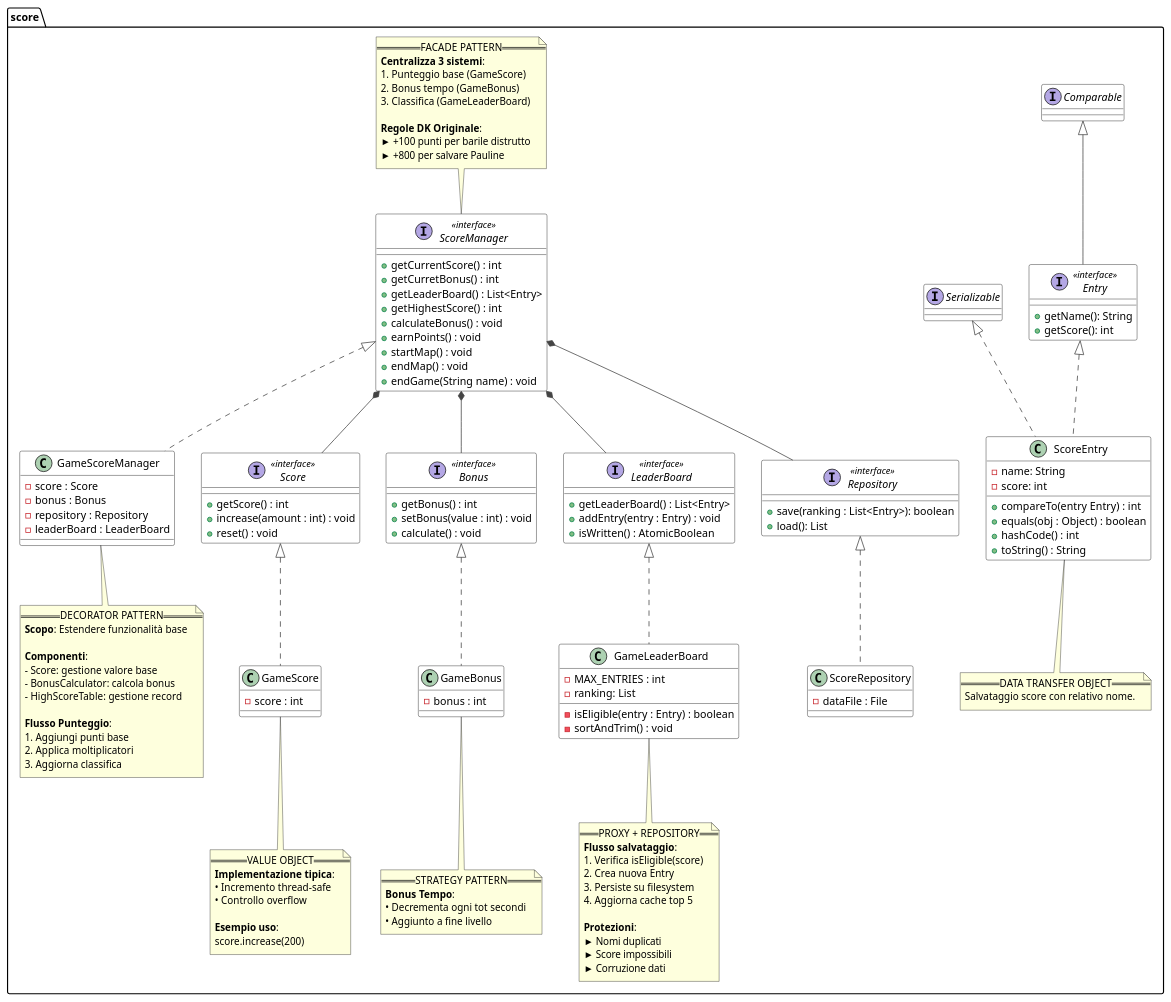
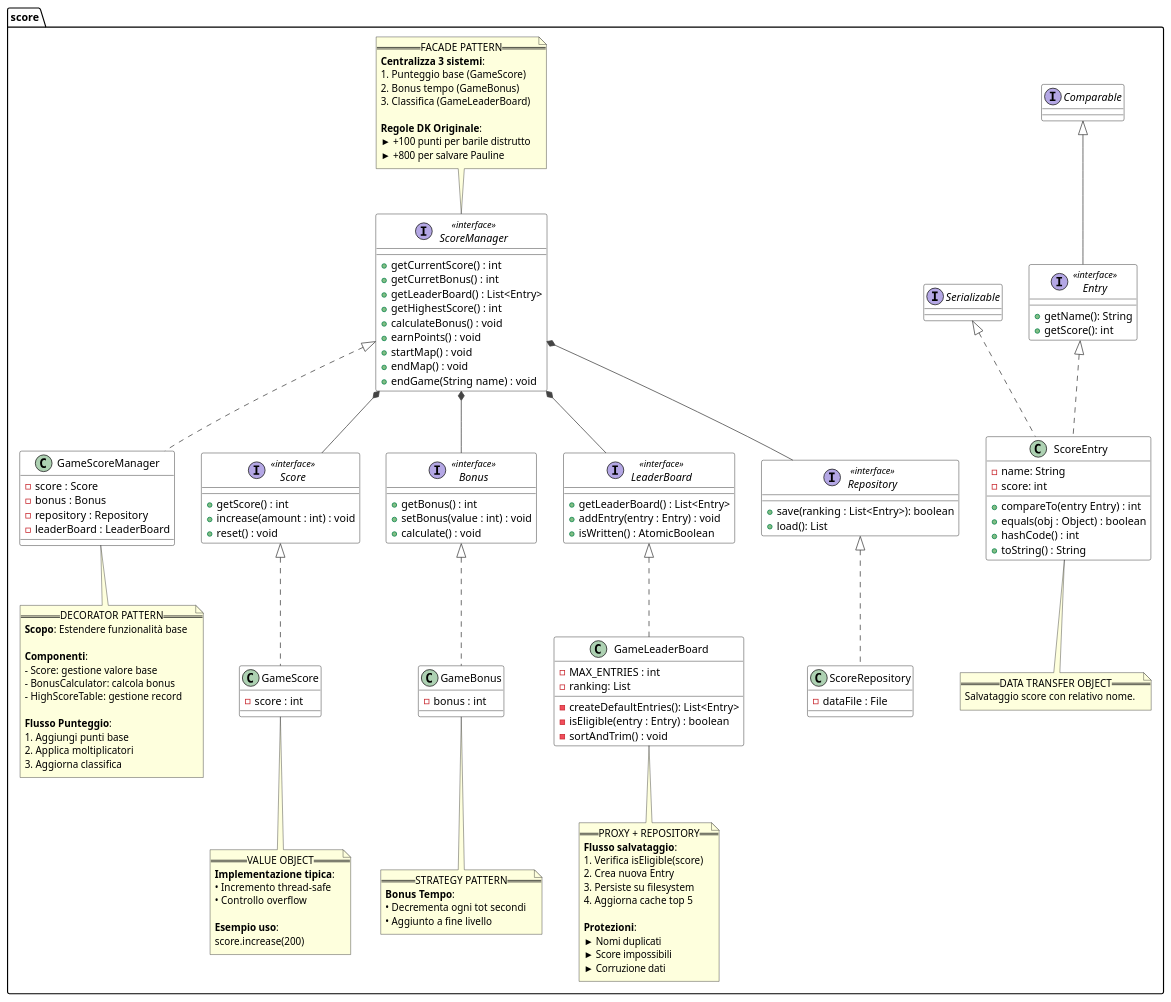
The diagram in uml-diagram/model/score.puml (unibo-oop-projects/OOP24-AlessandroRebosio-FilippoRicciotti-Grace-GraziaBochdanovits-RenovateBot-coffeBreak), drawn with PlantUML before and after one commit.

Commit message:
updated score-uml on GameLeaderBoard

```diff
--- a/uml-diagram/model/score.puml
+++ b/uml-diagram/model/score.puml
@@ -1,152 +1,153 @@
 @startuml coffeBreak.score
 
     skinparam class {
         BackgroundColor White
         BorderColor Black
         ArrowColor #444
         NoteBackgroundColor #F9F9F9
     }
 
     package score {
 
         interface ScoreManager <<interface>> {
             + getCurrentScore() : int
             + getCurretBonus() : int
             + getLeaderBoard() : List<Entry>
             + getHighestScore() : int
             + calculateBonus() : void
             + earnPoints() : void
             + startMap() : void
             + endMap() : void
             + endGame(String name) : void
         }
         
         class GameScoreManager implements ScoreManager {
             - score : Score
             - bonus : Bonus
             - repository : Repository
             - leaderBoard : LeaderBoard
         }
         
         interface Score <<interface>> {
             + getScore() : int
             + increase(amount : int) : void
             + reset() : void
         }
         
         class GameScore implements Score {
             - score : int
         }
         
         interface Bonus <<interface>> {
             + getBonus() : int
             + setBonus(value : int) : void
             + calculate() : void
         }
         
         class GameBonus implements Bonus {
             - bonus : int
         }
         
         interface LeaderBoard <<interface>> {
             + getLeaderBoard() : List<Entry>
             + addEntry(entry : Entry) : void
             + isWritten() : AtomicBoolean
         }
         
         class GameLeaderBoard implements LeaderBoard {
             - MAX_ENTRIES : int
             - ranking: List
+            - createDefaultEntries(): List<Entry>
             - isEligible(entry : Entry) : boolean
             - sortAndTrim() : void
         }
 
         interface Repository <<interface>> {
             + save(ranking : List<Entry>): boolean
             + load(): List
         }
         
         class ScoreRepository implements Repository {
             - dataFile : File
         }
 
         interface Entry <<interface>> extends Comparable {
             + getName(): String
             + getScore(): int
         }
         
         class ScoreEntry implements Entry, Serializable {
             - name: String
             - score: int
             + compareTo(entry Entry) : int
             + equals(obj : Object) : boolean
             + hashCode() : int
             + toString() : String
         }
 
         ScoreManager *-- Score
         ScoreManager *-- Bonus
         ScoreManager *-- LeaderBoard
         ScoreManager *-- Repository
         ' GameLeaderBoard o-- Entry
         
         note top of ScoreManager
             == FACADE PATTERN ==
             **Centralizza 3 sistemi**:
             1. Punteggio base (GameScore)
             2. Bonus tempo (GameBonus)
             3. Classifica (GameLeaderBoard)
             
             **Regole DK Originale**:
             ► +100 punti per barile distrutto
             ► +800 per salvare Pauline
         end note
         note bottom of GameScoreManager
             == DECORATOR PATTERN ==
             **Scopo**: Estendere funzionalità base
             
             **Componenti**:
             - Score: gestione valore base
             - BonusCalculator: calcola bonus
             - HighScoreTable: gestione record
             
             **Flusso Punteggio**:
             1. Aggiungi punti base
             2. Applica moltiplicatori
             3. Aggiorna classifica
         end note
         note bottom of GameScore
             == VALUE OBJECT ==
             **Implementazione tipica**:
             • Incremento thread-safe
             • Controllo overflow
             
             **Esempio uso**:
             score.increase(200)
         end note
         note bottom of GameBonus
             == STRATEGY PATTERN ==
             **Bonus Tempo**:
             • Decrementa ogni tot secondi
             • Aggiunto a fine livello
         end note
         note bottom of GameLeaderBoard
             == PROXY + REPOSITORY ==
             **Flusso salvataggio**:
             1. Verifica isEligible(score)
             2. Crea nuova Entry
             3. Persiste su filesystem
             4. Aggiorna cache top 5
             
             **Protezioni**:
             ► Nomi duplicati
             ► Score impossibili
             ► Corruzione dati
         end note
         note bottom of ScoreEntry
             == DATA TRANSFER OBJECT ==
             Salvataggio score con relativo nome.
         end note
     }
 
 @enduml
```
